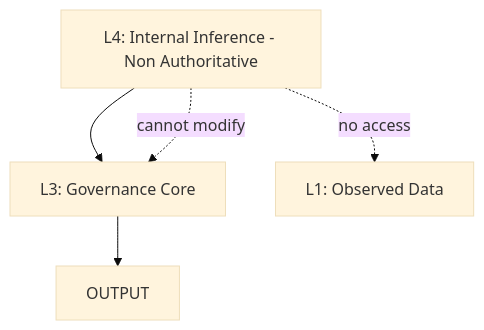
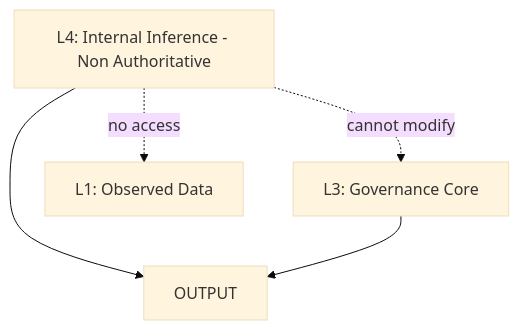
The second of 5 diagrams in README.md (GeneralSergal/ORP), drawn with Mermaid (base theme) before and after one commit. The commit also changed other lines of this file, not shown here.

````diff
--- a/README.md
+++ b/README.md
@@ -52,12 +52,12 @@
 ```mermaid
 flowchart TD
     L4[L4: Internal Inference - Non Authoritative]
     L3[L3: Governance Core]
     OUT[OUTPUT]
 
-    L4 --> L3
+    L4 --> OUT
     L3 --> OUT
 
     L4 -. cannot modify .-> L3
     L4 -. no access .-> L1[L1: Observed Data]
 ```
````
